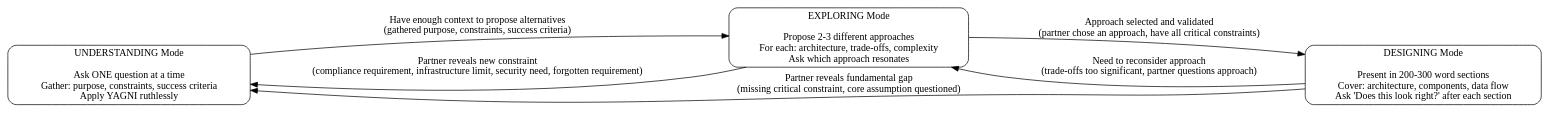
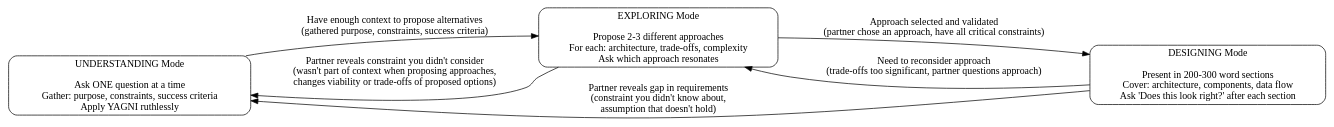
One commit to sitien173/refract changed the diagram in plugin/skills/collaboration/brainstorming/SKILL.md. Above: the diagram before and after it, drawn with Graphviz. The commit also changed 1 other file, not shown here.

Commit message:
feat: strengthen stuck-handling discovery and improve trigger clarity
**Discovery enhancement:**
- Add Mandatory Workflow 4 to getting-started: "When Stuck"
- Creates path: getting-started → when-stuck dispatch → specific technique
- Prevents spinning wheels without seeking help

**Trigger clarity:**
- Replace phrase examples with pattern descriptions
- "Partner reveals constraint you didn't consider" (pattern) not "Oh, I forgot..." (phrase)
- Emphasizes NEW information that invalidates current context
- Prevents ambiguity between new constraints vs clarifications

Tested: All skills verified with subagents, triggers work correctly.

````diff
--- a/plugin/skills/collaboration/brainstorming/SKILL.md
+++ b/plugin/skills/collaboration/brainstorming/SKILL.md
@@ -20,22 +20,22 @@
 ```dot
 digraph brainstorming_modes {
     rankdir=LR;
     node [shape=box, style=rounded];
 
     UNDERSTANDING [label="UNDERSTANDING Mode\n\nAsk ONE question at a time\nGather: purpose, constraints, success criteria\nApply YAGNI ruthlessly"];
 
     EXPLORING [label="EXPLORING Mode\n\nPropose 2-3 different approaches\nFor each: architecture, trade-offs, complexity\nAsk which approach resonates"];
 
     DESIGNING [label="DESIGNING Mode\n\nPresent in 200-300 word sections\nCover: architecture, components, data flow\nAsk 'Does this look right?' after each section"];
 
     UNDERSTANDING -> EXPLORING [label="Have enough context to propose alternatives\n(gathered purpose, constraints, success criteria)"];
 
-    EXPLORING -> UNDERSTANDING [label="Partner reveals new constraint\n(compliance requirement, infrastructure limit, security need, forgotten requirement)"];
+    EXPLORING -> UNDERSTANDING [label="Partner reveals constraint you didn't consider\n(wasn't part of context when proposing approaches,\nchanges viability or trade-offs of proposed options)"];
 
     EXPLORING -> DESIGNING [label="Approach selected and validated\n(partner chose an approach, have all critical constraints)"];
 
-    DESIGNING -> UNDERSTANDING [label="Partner reveals fundamental gap\n(missing critical constraint, core assumption questioned)"];
+    DESIGNING -> UNDERSTANDING [label="Partner reveals gap in requirements\n(constraint you didn't know about,\nassumption that doesn't hold)"];
 
     DESIGNING -> EXPLORING [label="Need to reconsider approach\n(trade-offs too significant, partner questions approach)"];
 }
 ```
````
